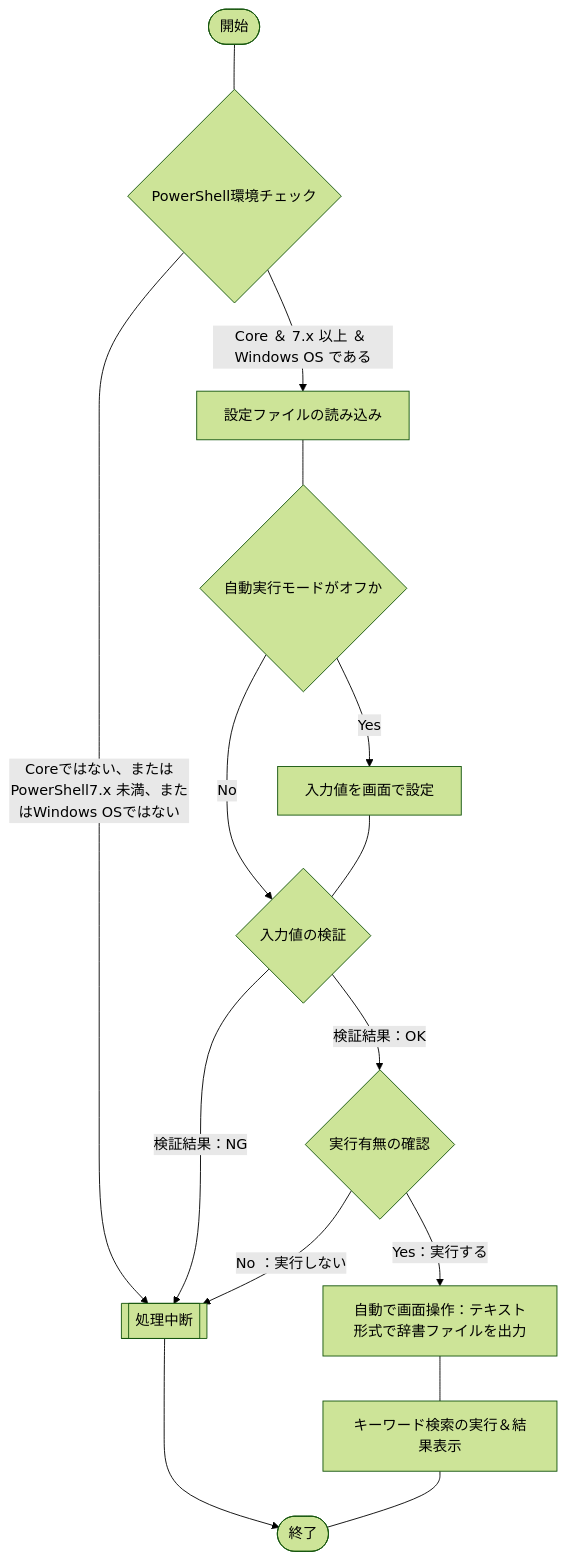
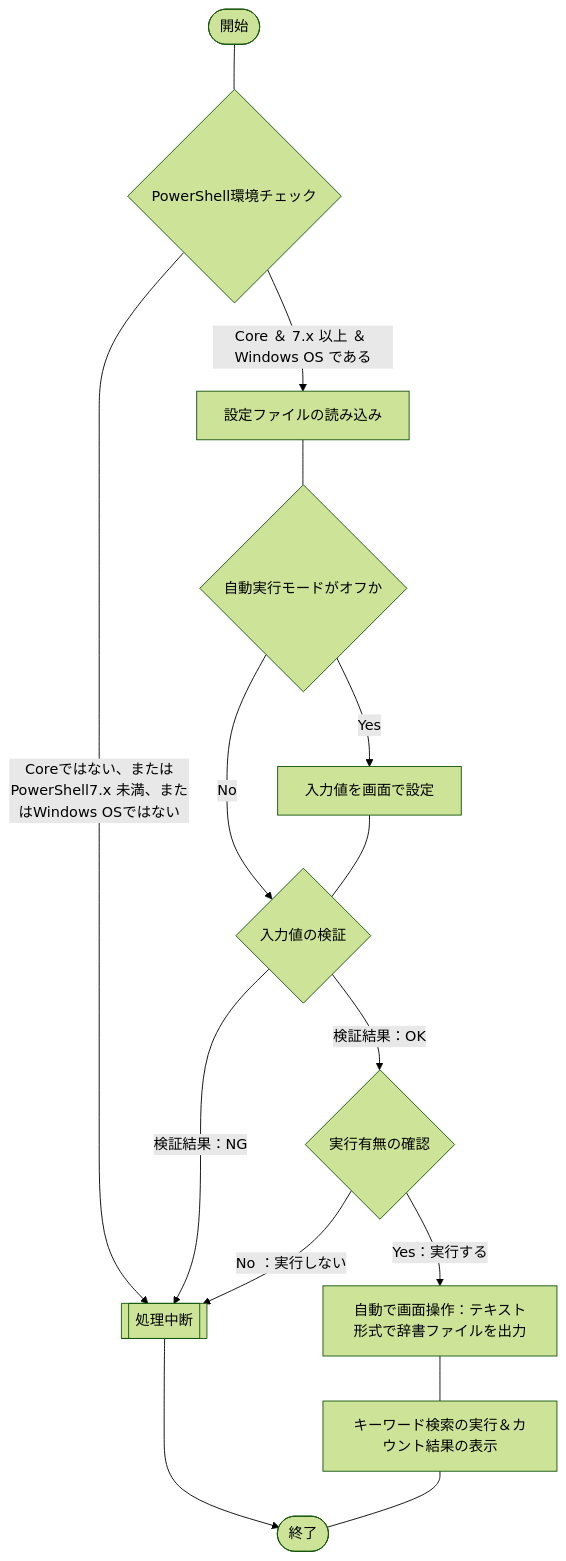
Before and after one commit to akiGAMEBOY/haretokidoki_zn: the diagram in articles/a1a89282137299.md, drawn with Mermaid (forest theme). The commit also changed other lines of this file, not shown here.

````diff
--- a/articles/a1a89282137299.md
+++ b/articles/a1a89282137299.md
@@ -70,17 +70,17 @@
 ```mermaid
 flowchart TB
     A(["開始"]) --- B{"PowerShell環境チェック"}
     B --> |"Core ＆ 7.x 以上 ＆ Windows OS である"| C["設定ファイルの読み込み"]
     B --> |"Coreではない、またはPowerShell7.x 未満、またはWindows OSではない"| X[["処理中断"]]
     C --- D{"自動実行モードがオフか"}
     D --> |"Yes"| E["入力値を画面で設定"]
     D --> |"No"| F{"入力値の検証"}
     E --- F
     F --> |"検証結果：OK"| G{"実行有無の確認"}
     F --> |"検証結果：NG"| X
     G --> |"Yes：実行する"| H["自動で画面操作：テキスト形式で辞書ファイルを出力"]
     G --> |"No ：実行しない"| X[["処理中断"]]
-    H --- I["キーワード検索の実行＆結果表示"]
+    H --- I["キーワード検索の実行＆カウント結果の表示"]
     X --> J
     I --- J(["終了"])
 ```
````
